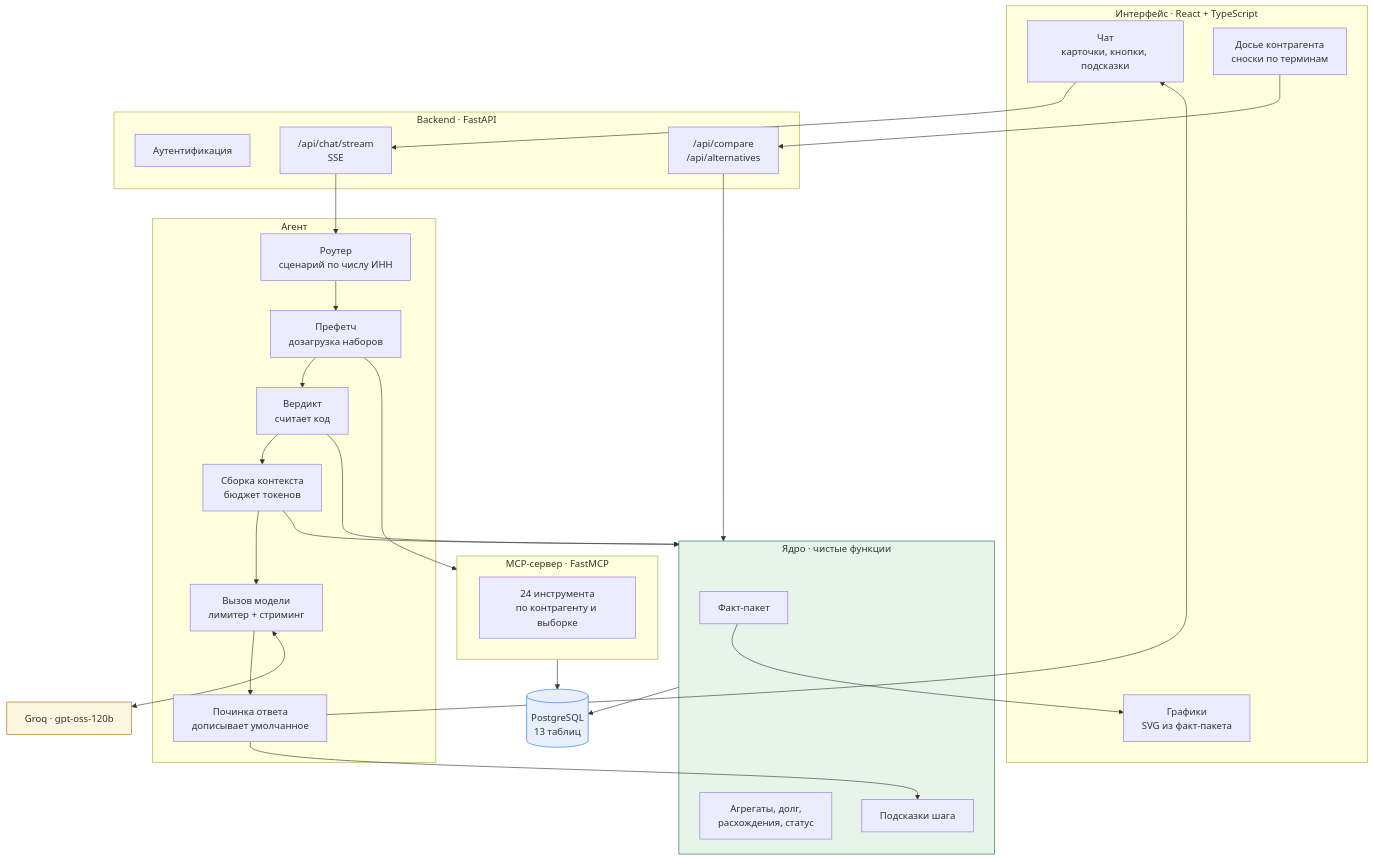
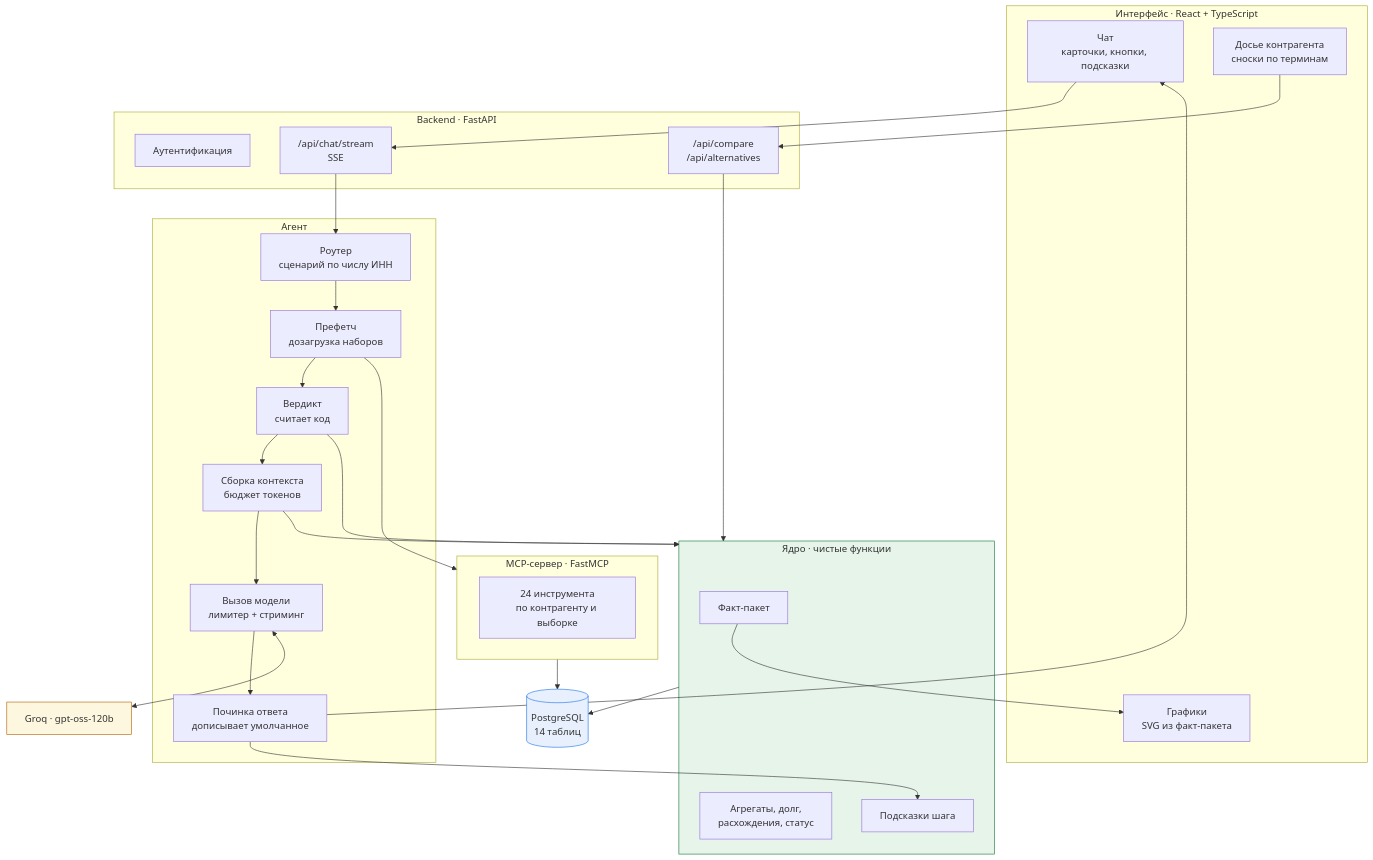
Before and after one commit to marijanbjc/Counterparty_analyst: the second of 8 diagrams in docs/ARCHITECTURE.md, drawn with Mermaid. The commit also changed other lines of this file, not shown here.

First line of the commit message:
Ref: fix facts in architecture doc

````diff
--- a/docs/ARCHITECTURE.md
+++ b/docs/ARCHITECTURE.md
@@ -96,55 +96,55 @@
 ```mermaid
 graph TB
     subgraph UI["Интерфейс · React + TypeScript"]
         CHAT["Чат<br/>карточки, кнопки, подсказки"]
         DOSS["Досье контрагента<br/>сноски по терминам"]
         CHART["Графики<br/>SVG из факт-пакета"]
     end
 
     subgraph API["Backend · FastAPI"]
         AUTH["Аутентификация"]
         STREAM["/api/chat/stream<br/>SSE"]
         OPS["/api/compare<br/>/api/alternatives"]
     end
 
     subgraph AGENT["Агент"]
         ROUTER["Роутер<br/>сценарий по числу ИНН"]
         PREFETCH["Префетч<br/>дозагрузка наборов"]
         VERDICT["Вердикт<br/>считает код"]
         CTX["Сборка контекста<br/>бюджет токенов"]
         LLM["Вызов модели<br/>лимитер + стриминг"]
         REPAIR["Починка ответа<br/>дописывает умолчанное"]
     end
 
     subgraph CORE["Ядро · чистые функции"]
         FP["Факт-пакет"]
         AGG["Агрегаты, долг,<br/>расхождения, статус"]
         NEXT["Подсказки шага"]
     end
 
     subgraph MCP["MCP-сервер · FastMCP"]
         T24["24 инструмента<br/>по контрагенту и выборке"]
     end
 
-    DB[("PostgreSQL<br/>13 таблиц")]
+    DB[("PostgreSQL<br/>14 таблиц")]
     GROQ["Groq · gpt-oss-120b"]
 
     CHAT --> STREAM
     DOSS --> OPS
     STREAM --> ROUTER
     OPS --> CORE
     ROUTER --> PREFETCH --> VERDICT --> CTX --> LLM --> REPAIR
     PREFETCH --> MCP
     VERDICT --> CORE
     CTX --> CORE
     REPAIR --> NEXT
     CORE --> DB
     MCP --> DB
     LLM <--> GROQ
     REPAIR --> CHAT
     FP --> CHART
 
     style GROQ fill:#fef7e0,stroke:#b06000
     style DB fill:#e8f0fe,stroke:#1a73e8
     style CORE fill:#e6f4ea,stroke:#137333
 ```
````
